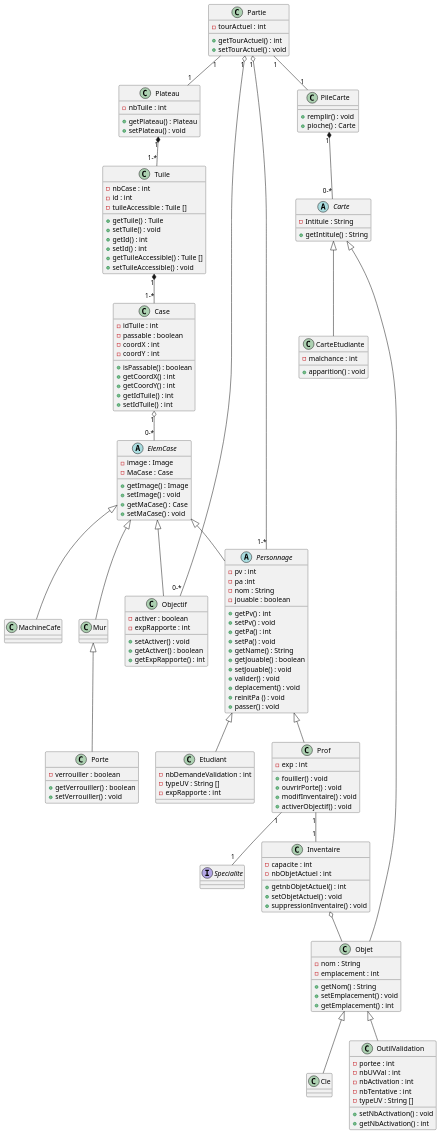
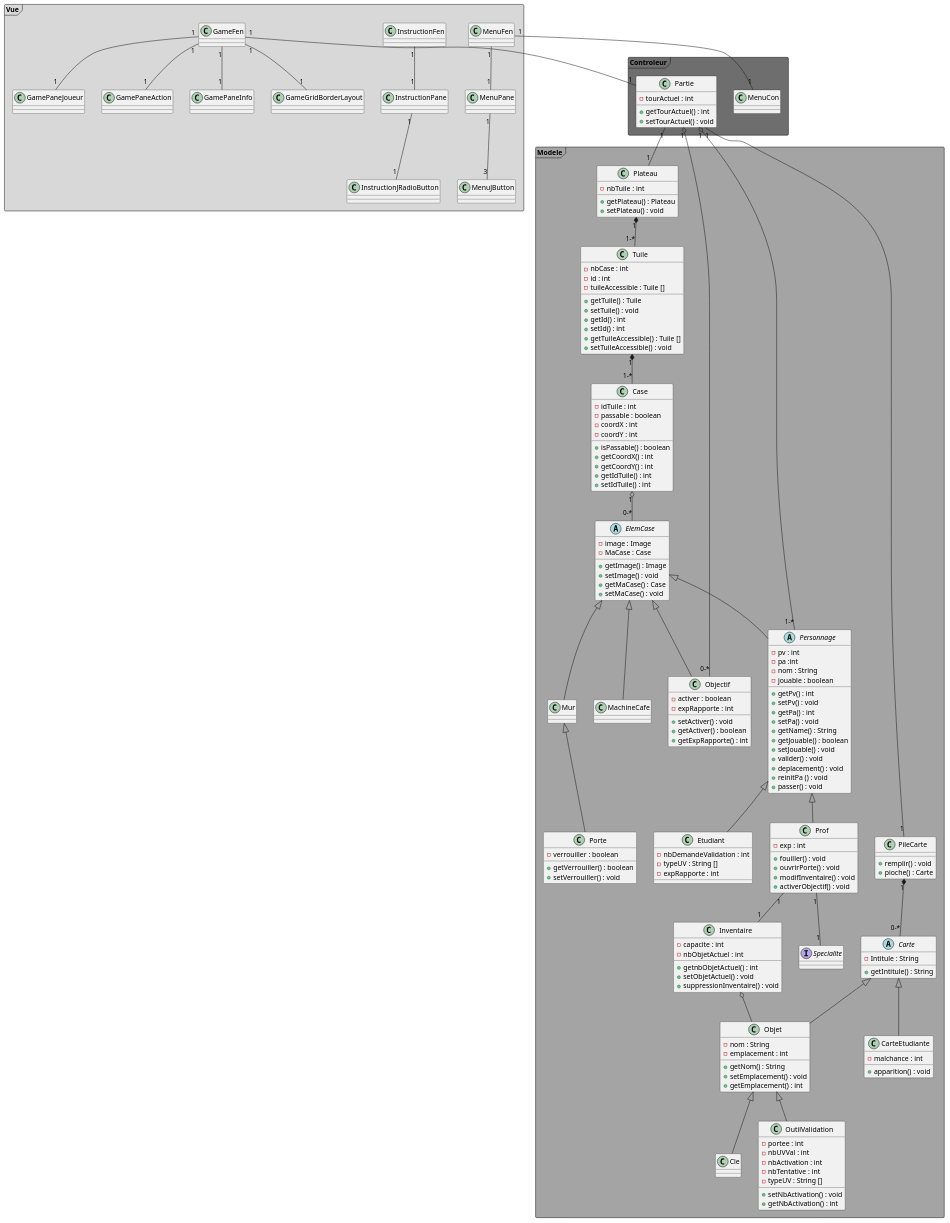
One commit to Erathriel/Projet_LO43 changed the diagram in UML/Diag_class.puml. Above: the diagram before and after it, drawn with PlantUML. The commit also changed 2 other files, not shown here.

Commit message:
UML class

```diff
--- a/UML/Diag_class.puml
+++ b/UML/Diag_class.puml
@@ -1,148 +1,179 @@
 @startuml
 'Classe
-class Plateau {
-- nbTuile : int
-+ getPlateau() : Plateau
-+ setPlateau() : void
+
+Package  "Modele" <<Frame>> #A4A4A4 {
+    class Plateau {
+    - nbTuile : int
+    + getPlateau() : Plateau
+    + setPlateau() : void
+    }
+    class Tuile {
+    - nbCase : int
+    - id : int
+    - tuileAccessible : Tuile []
+    + getTuile() : Tuile
+    + setTuile() : void
+    + getId() : int
+    + setId() : int
+    + getTuileAccessible() : Tuile []
+    + setTuileAccessible() : void
+    }
+    class Case{
+    - idTuile : int
+    - passable : boolean
+    - coordX : int
+    - coordY : int
+    + isPassable() : boolean
+    + getCoordX() : int
+    + getCoordY() : int
+    + getIdTuile() : int
+    + setIdTuile() : int
+    }
+    abstract class ElemCase {
+    - image : Image
+    - MaCase : Case
+    + getImage() : Image
+    + setImage() : void
+    + getMaCase() : Case
+    +setMaCase() : void
+    }
+    class Mur
+    class Porte {
+    - verrouiller : boolean
+    + getVerrouiller() : boolean
+    + setVerrouiller() : void
+    }
+    class Objectif {
+    - activer : boolean
+    - expRapporte : int
+    + setActiver() : void
+    + getActiver() : boolean
+    + getExpRapporte() : int
+    }
+    class MachineCafe
+    abstract class Personnage {
+    - pv : int
+    - pa :int
+    - nom : String
+    - jouable : boolean
+    + getPv() : int
+    + setPv() : void
+    + getPa() : int
+    + setPa() : void
+    + getName() : String
+    + getJouable() : boolean
+    + setJouable() : void
+    'Attaque'
+    + valider() : void
+    + deplacement() : void
+    + reinitPa () : void
+    + passer() : void
+    }
+    class Prof {
+     - exp : int
+     + fouiller() : void
+     + ouvrirPorte() : void
+     + modifInventaire() : void
+     + activerObjectif() : void
+    }
+    class Etudiant {
+    - nbDemandeValidation : int
+    - typeUV : String []
+    - expRapporte : int
+    }
+    interface Specialite
+    class Inventaire {
+    - capacite : int
+    - nbObjetActuel : int
+    + getnbObjetActuel() : int
+    + setObjetActuel() : void
+    + suppressionInventaire() : void
+    }
+    class Objet {
+    - nom : String
+    - emplacement : int
+    + getNom() : String
+    + setEmplacement() : void
+    + getEmplacement() : int
+    }
+    class Cle
+    class OutilValidation {
+    - portee : int
+    - nbUVVal : int
+    - nbActivation : int
+    - nbTentative : int
+    - typeUV : String []
+    + setNbActivation() : void
+    + getNbActivation() : int
+
+    }
+    abstract class Carte {
+    - Intitule : String
+    + getIntitule() : String
+    }
+    class CarteEtudiante {
+    - malchance : int
+    + apparition() : void
+    }
+    class PileCarte {
+    + remplir() : void
+    + pioche() : Carte
+    }
 }
-class Tuile {
-- nbCase : int
-- id : int
-- tuileAccessible : Tuile []
-+ getTuile() : Tuile
-+ setTuile() : void
-+ getId() : int
-+ setId() : int
-+ getTuileAccessible() : Tuile []
-+ setTuileAccessible() : void
+Package "Controleur" <<Frame>> #6E6E6E {
+    class Partie {
+    - tourActuel : int
+    + getTourActuel() : int
+    + setTourActuel() : void
+    }
+    class MenuCon {
+
+    }
 }
-class Case{
-- idTuile : int
-- passable : boolean
-- coordX : int
-- coordY : int
-+ isPassable() : boolean
-+ getCoordX() : int
-+ getCoordY() : int
-+ getIdTuile() : int
-+ setIdTuile() : int
-}
-abstract class ElemCase {
-- image : Image
-- MaCase : Case
-+ getImage() : Image
-+ setImage() : void
-+ getMaCase() : Case
-+setMaCase() : void
-}
-class Mur
-class Porte {
-- verrouiller : boolean
-+ getVerrouiller() : boolean
-+ setVerrouiller() : void
-}
-class Objectif {
-- activer : boolean
-- expRapporte : int
-+ setActiver() : void
-+ getActiver() : boolean
-+ getExpRapporte() : int
-}
-class MachineCafe
-abstract class Personnage {
-- pv : int
-- pa :int
-- nom : String
-- jouable : boolean
-+ getPv() : int
-+ setPv() : void
-+ getPa() : int
-+ setPa() : void
-+ getName() : String
-+ getJouable() : boolean
-+ setJouable() : void
-'Attaque'
-+ valider() : void
-+ deplacement() : void
-+ reinitPa () : void
-+ passer() : void
-}
-class Prof {
- - exp : int
- + fouiller() : void
- + ouvrirPorte() : void
- + modifInventaire() : void
- + activerObjectif() : void
-}
-class Etudiant {
-- nbDemandeValidation : int
-- typeUV : String []
-- expRapporte : int
-}
-interface Specialite
-class Inventaire {
-- capacite : int
-- nbObjetActuel : int
-+ getnbObjetActuel() : int
-+ setObjetActuel() : void
-+ suppressionInventaire() : void
-}
-class Objet {
-- nom : String
-- emplacement : int
-+ getNom() : String
-+ setEmplacement() : void
-+ getEmplacement() : int
-}
-class Cle
-class OutilValidation {
-- portee : int
-- nbUVVal : int
-- nbActivation : int
-- nbTentative : int
-- typeUV : String []
-+ setNbActivation() : void
-+ getNbActivation() : int
-
-}
-abstract class Carte {
-- Intitule : String
-+ getIntitule() : String
-}
-class CarteEtudiante {
-- malchance : int
-+ apparition() : void
-}
-class PileCarte {
-+ remplir() : void
-+ pioche() : Carte
-}
-class Partie {
-- tourActuel : int
-+ getTourActuel() : int
-+ setTourActuel() : void
+Package "Vue" <<Frame>> #D8D8D8 {
+    class MenuFen
+    class MenuPane
+    class MenuJButton
+    class InstructionFen
+    class InstructionPane
+    class InstructionJRadioButton
+    class GameFen
+    class GamePaneJoueur
+    class GamePaneAction
+    class GamePaneInfo
+    class GameGridBorderLayout
 }
 ' Relation
+MenuFen "1" -- "1" MenuPane
+MenuPane "1" -- "3" MenuJButton
+InstructionFen "1" -- "1" InstructionPane
+InstructionPane "1" -- "1" InstructionJRadioButton
+GameFen "1" -- "1" GamePaneJoueur
+GameFen "1" -- "1" GamePaneAction
+GameFen "1" -- "1" GamePaneInfo
+GameFen "1" -- "1" GameGridBorderLayout
+MenuCon "1" -- "1" MenuFen
+GameFen "1" -- "1" Partie
 Plateau "1" *-- "1-*" Tuile
 Tuile "1" *-- "1-*" Case
 Case "1" o-- "0-*" ElemCase
 ElemCase <|-- Mur
 ElemCase <|-- Objectif
 ElemCase <|-- MachineCafe
 ElemCase <|-- Personnage
 Mur <|-- Porte
 Personnage <|-- Etudiant
 Personnage <|-- Prof
 Prof "1" -- "1" Inventaire
 Inventaire o-- Objet
 Objet <|-- Cle
 Objet <|-- OutilValidation
 Carte <|-- Objet
 Carte <|-- CarteEtudiante
 PileCarte "1" *-- "0-*" Carte
 Partie "1" o-- "1-*" Personnage
 Partie "1" -- "1" Plateau
 Prof "1" -- "1" Specialite
 Partie "1" -- "1" PileCarte
 Partie "1" o-- "0-*" Objectif
 @enduml
```
